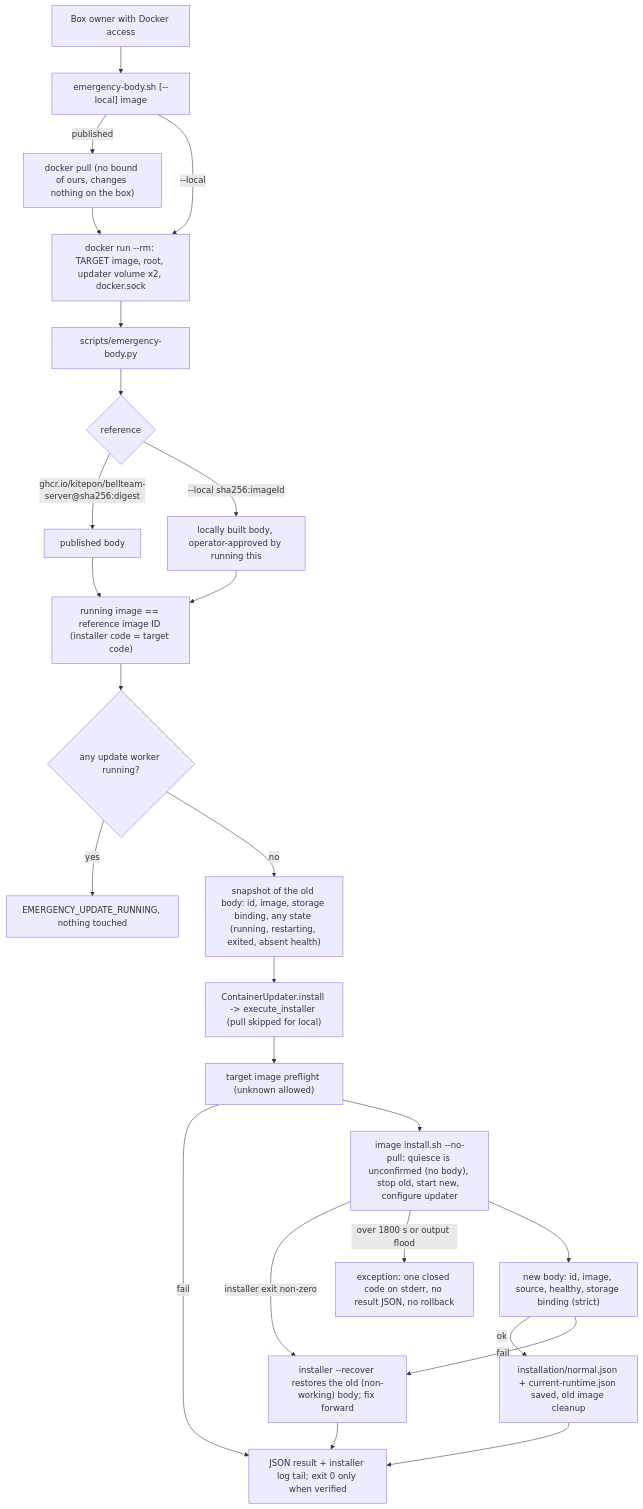
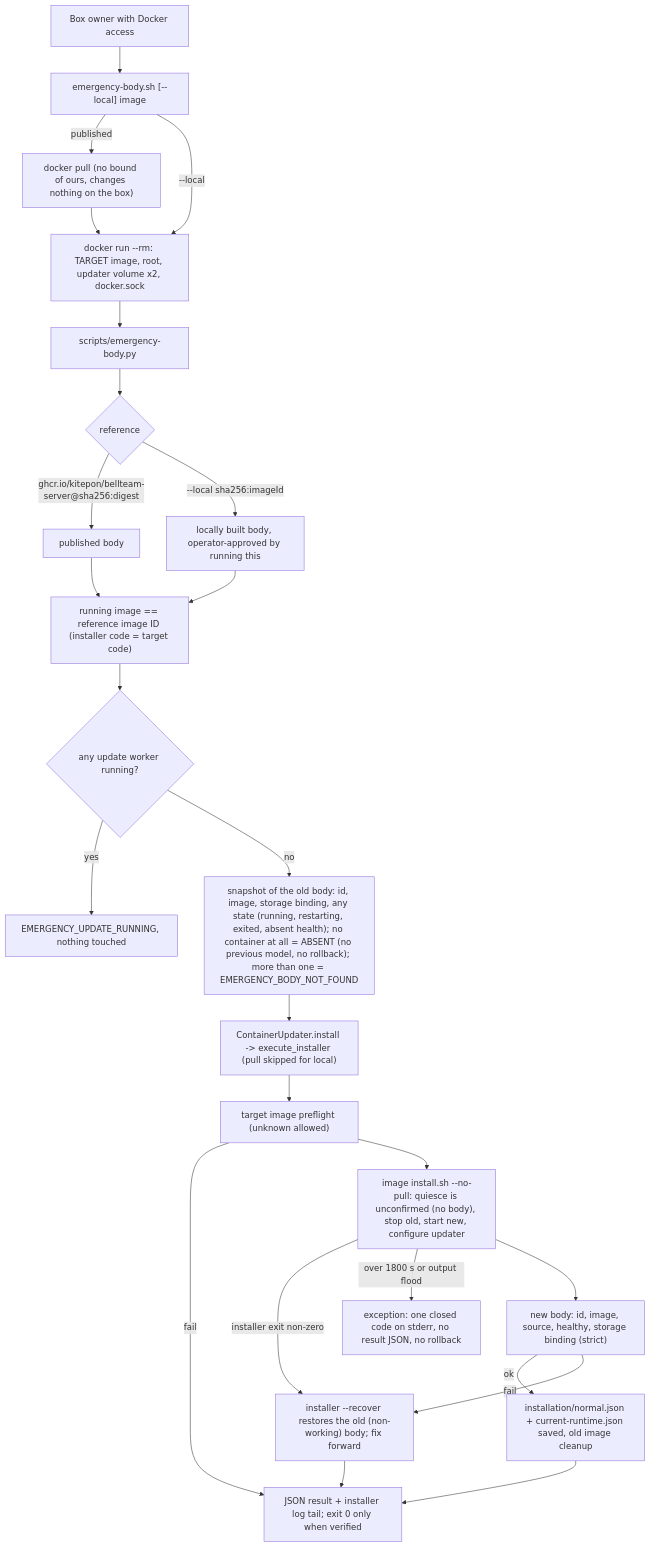
The first of 3 diagrams in docs/architecture/modules/runtime/emergency-body.md (kitepon/BellTeam), drawn with Mermaid before and after one commit. The commit also changed other lines of this file, not shown here.

Commit message:
a507f: function map shows the absent-body case; the unreferenced previous Aiterm volume is stated

````diff
--- a/docs/architecture/modules/runtime/emergency-body.md
+++ b/docs/architecture/modules/runtime/emergency-body.md
@@ -25,27 +25,27 @@
 ```mermaid
 flowchart TD
   Owner[Box owner with Docker access] --> Wrapper["emergency-body.sh [--local] image"]
   Wrapper -->|published| WPull["docker pull (no bound of ours, changes nothing on the box)"]
   WPull --> Run
   Wrapper -->|"--local"| Run["docker run --rm: TARGET image, root, updater volume x2, docker.sock"]
   Run --> Entry["scripts/emergency-body.py"]
   Entry --> Ref{"reference"}
   Ref -->|"ghcr.io/kitepon/bellteam-server@sha256:digest"| Pub[published body]
   Ref -->|"--local sha256:imageId"| Loc[locally built body, operator-approved by running this]
   Pub --> Self["running image == reference image ID (installer code = target code)"]
   Loc --> Self
   Self --> Idle{"any update worker running?"}
   Idle -->|yes| Refuse[EMERGENCY_UPDATE_RUNNING, nothing touched]
-  Idle -->|no| Old["snapshot of the old body: id, image, storage binding, any state (running, restarting, exited, absent health)"]
+  Idle -->|no| Old["snapshot of the old body: id, image, storage binding, any state (running, restarting, exited, absent health); no container at all = ABSENT (no previous model, no rollback); more than one = EMERGENCY_BODY_NOT_FOUND"]
   Old --> Inst["ContainerUpdater.install -> execute_installer (pull skipped for local)"]
   Inst --> Pre["target image preflight (unknown allowed)"]
   Pre -->|fail| Out
   Pre --> Swap["image install.sh --no-pull: quiesce is unconfirmed (no body), stop old, start new, configure updater"]
   Swap -->|installer exit non-zero| Back
   Swap -->|over 1800 s or output flood| Abort["exception: one closed code on stderr, no result JSON, no rollback"]
   Swap --> Verify["new body: id, image, source, healthy, storage binding (strict)"]
   Verify -->|ok| Save["installation/normal.json + current-runtime.json saved, old image cleanup"]
   Verify -->|fail| Back["installer --recover restores the old (non-working) body; fix forward"]
   Save --> Out["JSON result + installer log tail; exit 0 only when verified"]
   Back --> Out
 ```
````
